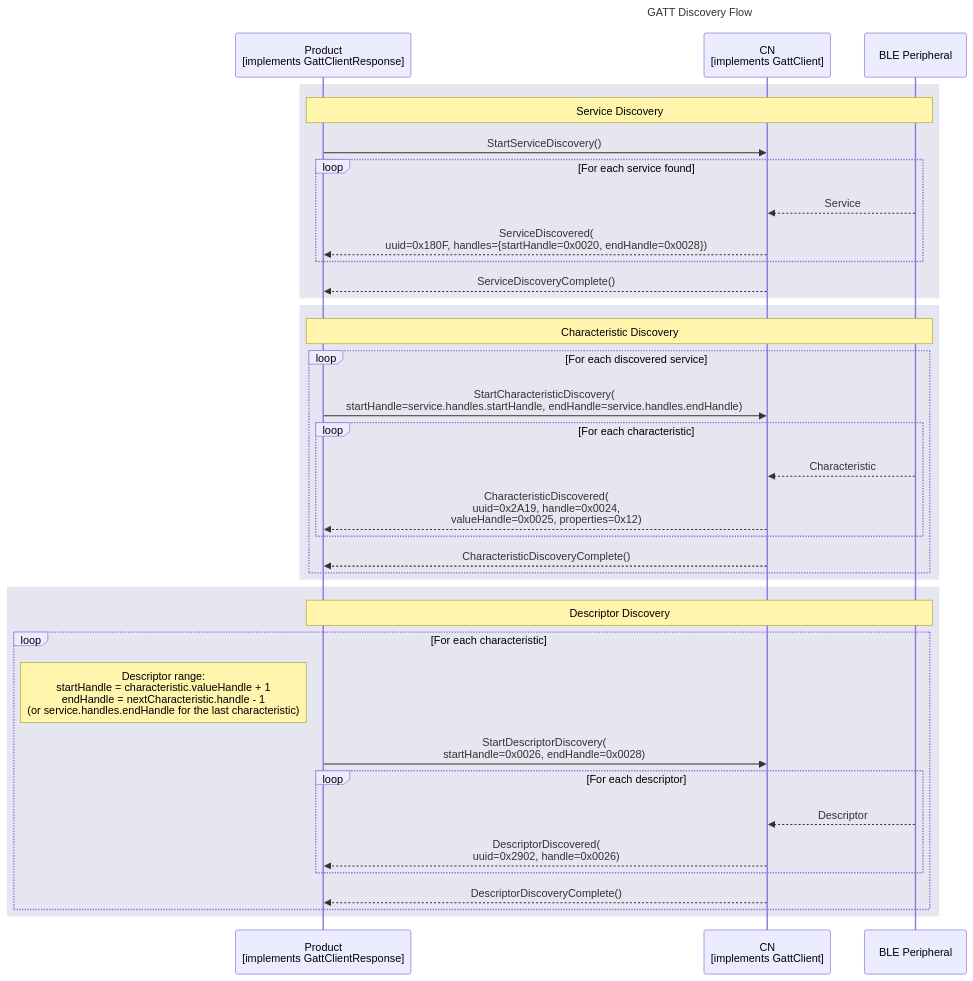
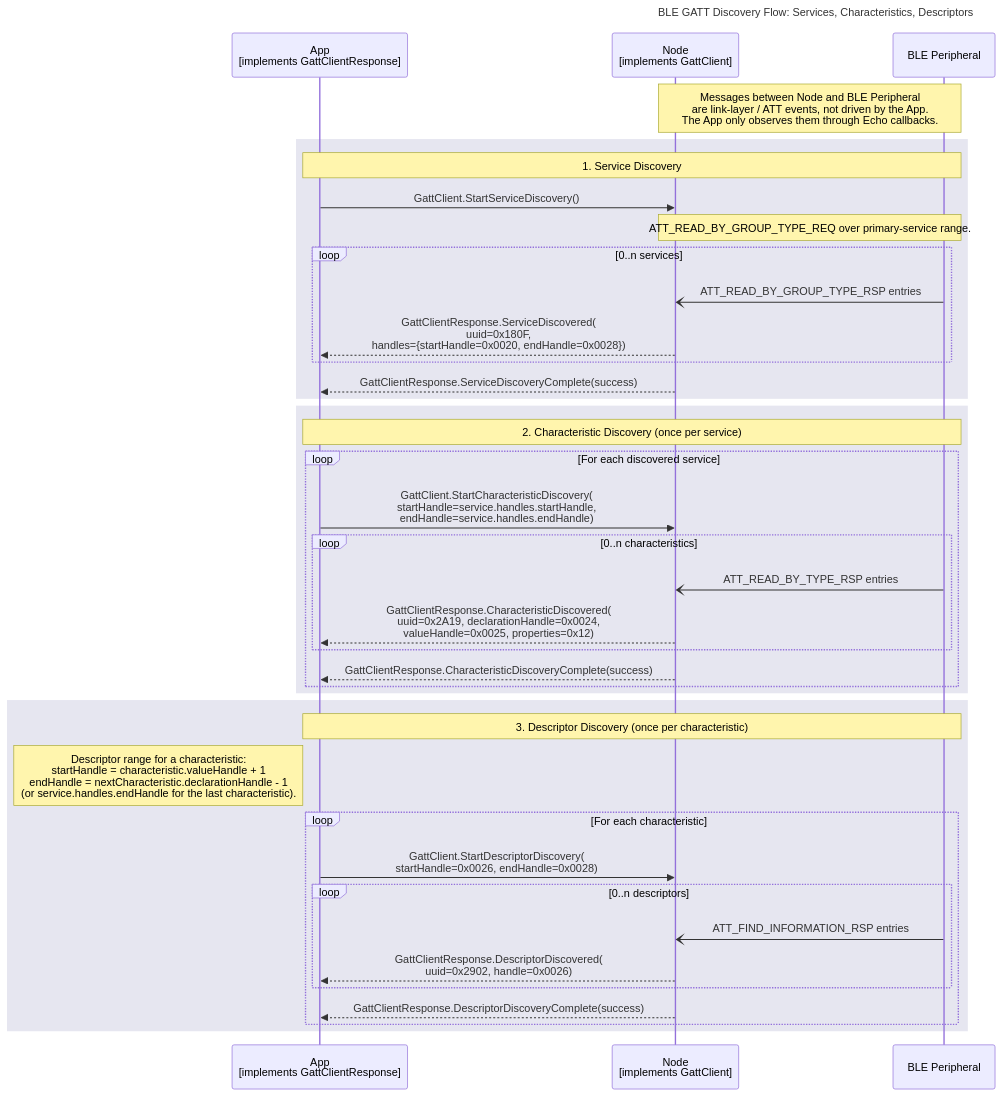
Before and after one commit to philips-software/amp-embedded-infra-lib: the diagram in documents/modules/ROOT/partials/echoservices/gatt_client/GattClient_DiscoveryFlow_sequence.mmd, drawn with Mermaid. The commit also changed 25 other files, not shown here.

Commit message:
align maturity with gap uml diagrams

```diff
--- a/documents/modules/ROOT/partials/echoservices/gatt_client/GattClient_DiscoveryFlow_sequence.mmd
+++ b/documents/modules/ROOT/partials/echoservices/gatt_client/GattClient_DiscoveryFlow_sequence.mmd
@@ -1,41 +1,44 @@
 sequenceDiagram
-    title GATT Discovery Flow
+    title BLE GATT Discovery Flow: Services, Characteristics, Descriptors
 
-    participant Product as Product<br>[implements GattClientResponse]
-    participant CN as CN<br>[implements GattClient]
+    participant App as App<br>[implements GattClientResponse]
+    participant Node as Node<br>[implements GattClient]
     participant Peripheral as BLE Peripheral
 
+    Note over Node, Peripheral: Messages between Node and BLE Peripheral<br>are link-layer / ATT events, not driven by the App.<br>The App only observes them through Echo callbacks.
+
     rect rgb(230, 230, 240)
-        note over Product, Peripheral: Service Discovery
-        Product->>CN: StartServiceDiscovery()
-        loop For each service found
-            Peripheral-->>CN: Service
-            CN-->>Product: ServiceDiscovered(<br>uuid=0x180F, handles={startHandle=0x0020, endHandle=0x0028})
+        note over App, Peripheral: 1. Service Discovery
+        App->>Node: GattClient.StartServiceDiscovery()
+        Note over Node, Peripheral: ATT_READ_BY_GROUP_TYPE_REQ over primary-service range.
+        loop 0..n services
+            Peripheral-)Node: ATT_READ_BY_GROUP_TYPE_RSP entries
+            Node-->>App: GattClientResponse.ServiceDiscovered(<br>uuid=0x180F,<br>handles={startHandle=0x0020, endHandle=0x0028})
         end
-        CN-->>Product: ServiceDiscoveryComplete()
+        Node-->>App: GattClientResponse.ServiceDiscoveryComplete(success)
     end
 
     rect rgb(230, 230, 240)
-        note over Product, Peripheral: Characteristic Discovery
+        note over App, Peripheral: 2. Characteristic Discovery (once per service)
         loop For each discovered service
-            Product->>CN: StartCharacteristicDiscovery(<br>startHandle=service.handles.startHandle, endHandle=service.handles.endHandle)
-            loop For each characteristic
-                Peripheral-->>CN: Characteristic
-                CN-->>Product: CharacteristicDiscovered(<br>uuid=0x2A19, handle=0x0024,<br>valueHandle=0x0025, properties=0x12)
+            App->>Node: GattClient.StartCharacteristicDiscovery(<br>startHandle=service.handles.startHandle,<br>endHandle=service.handles.endHandle)
+            loop 0..n characteristics
+                Peripheral-)Node: ATT_READ_BY_TYPE_RSP entries
+                Node-->>App: GattClientResponse.CharacteristicDiscovered(<br>uuid=0x2A19, declarationHandle=0x0024,<br>valueHandle=0x0025, properties=0x12)
             end
-            CN-->>Product: CharacteristicDiscoveryComplete()
+            Node-->>App: GattClientResponse.CharacteristicDiscoveryComplete(success)
         end
     end
 
     rect rgb(230, 230, 240)
-        note over Product, Peripheral: Descriptor Discovery
+        note over App, Peripheral: 3. Descriptor Discovery (once per characteristic)
+        note left of App: Descriptor range for a characteristic:<br>startHandle = characteristic.valueHandle + 1<br>endHandle = nextCharacteristic.declarationHandle - 1<br>(or service.handles.endHandle for the last characteristic).
         loop For each characteristic
-            note left of Product: Descriptor range:<br>startHandle = characteristic.valueHandle + 1<br>endHandle = nextCharacteristic.handle - 1<br>(or service.handles.endHandle for the last characteristic)
-            Product->>CN: StartDescriptorDiscovery(<br>startHandle=0x0026, endHandle=0x0028)
-            loop For each descriptor
-                Peripheral-->>CN: Descriptor
-                CN-->>Product: DescriptorDiscovered(<br>uuid=0x2902, handle=0x0026)
+            App->>Node: GattClient.StartDescriptorDiscovery(<br>startHandle=0x0026, endHandle=0x0028)
+            loop 0..n descriptors
+                Peripheral-)Node: ATT_FIND_INFORMATION_RSP entries
+                Node-->>App: GattClientResponse.DescriptorDiscovered(<br>uuid=0x2902, handle=0x0026)
             end
-            CN-->>Product: DescriptorDiscoveryComplete()
+            Node-->>App: GattClientResponse.DescriptorDiscoveryComplete(success)
         end
     end
```
